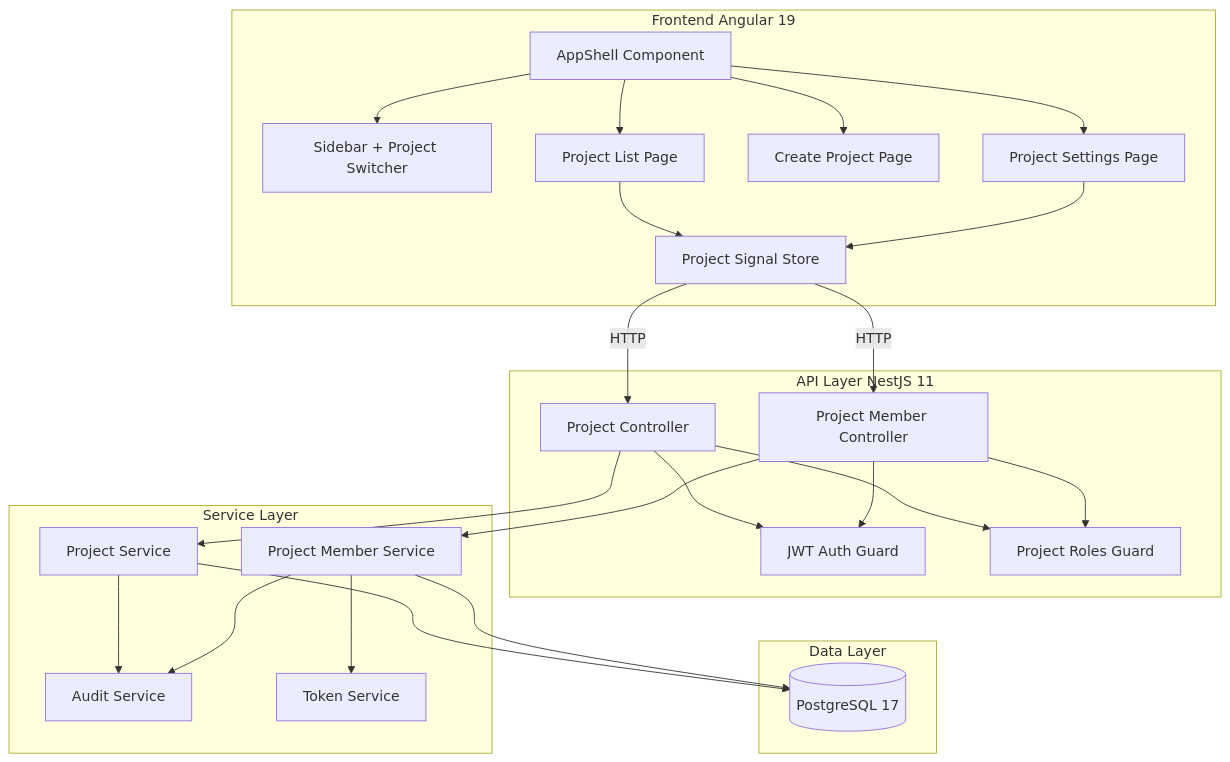
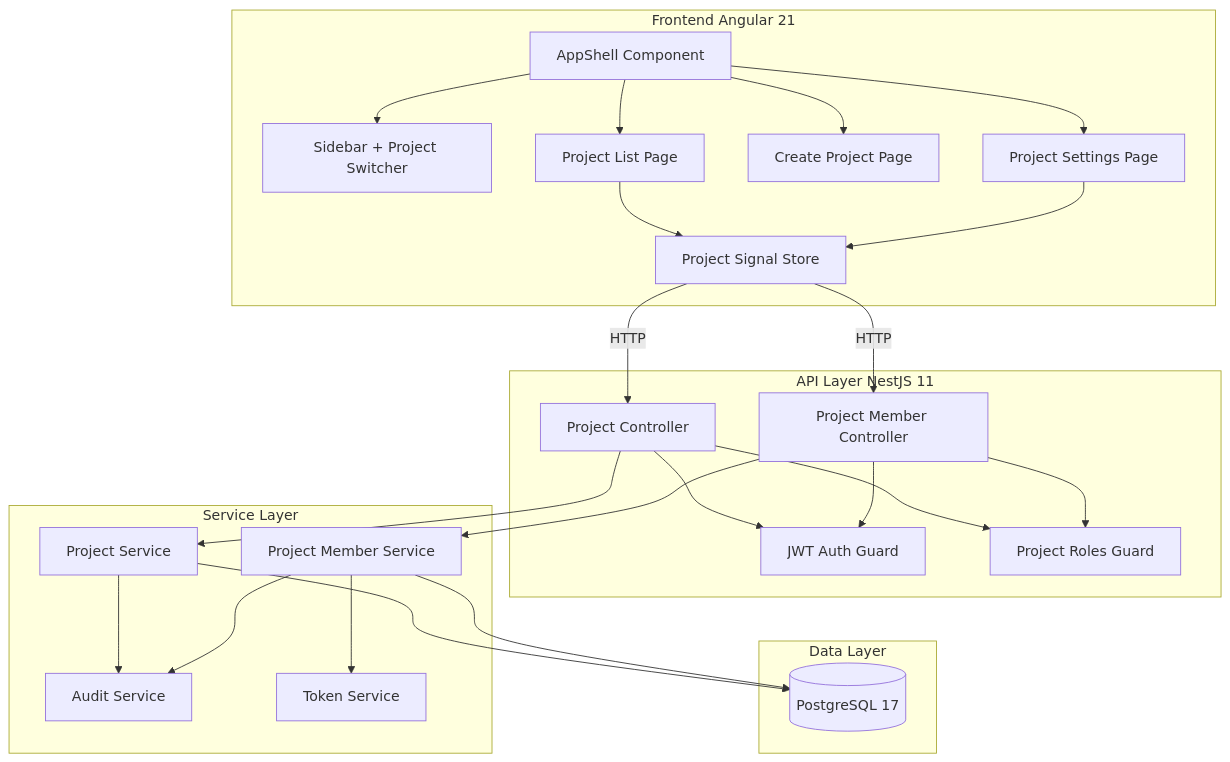
The first of 5 diagrams in .kiro/specs/project-management/design.md (phan-tuan-thanh/mpm), drawn with Mermaid before and after one commit. The commit also changed 5 other files, not shown here.

````diff
--- a/.kiro/specs/project-management/design.md
+++ b/.kiro/specs/project-management/design.md
@@ -30,49 +30,49 @@
 ```mermaid
 graph TB
-    subgraph Client[Frontend Angular 19]
+    subgraph Client[Frontend Angular 21]
         AppShell[AppShell Component]
         Sidebar[Sidebar + Project Switcher]
         ProjectList[Project List Page]
         CreateProject[Create Project Page]
         ProjectSettings[Project Settings Page]
         ProjectStore[Project Signal Store]
     end
 
     subgraph Gateway[API Layer NestJS 11]
         ProjectController[Project Controller]
         MemberController[Project Member Controller]
         JwtGuard[JWT Auth Guard]
         ProjectRolesGuard[Project Roles Guard]
     end
 
     subgraph Services[Service Layer]
         ProjectService[Project Service]
         ProjectMemberService[Project Member Service]
         AuditService[Audit Service]
         TokenService[Token Service]
     end
 
     subgraph Data[Data Layer]
         PostgreSQL[(PostgreSQL 17)]
     end
 
     AppShell --> Sidebar
     AppShell --> ProjectList
     AppShell --> CreateProject
     AppShell --> ProjectSettings
     ProjectList --> ProjectStore
     ProjectSettings --> ProjectStore
     ProjectStore -->|HTTP| ProjectController
     ProjectStore -->|HTTP| MemberController
     ProjectController --> JwtGuard
     ProjectController --> ProjectRolesGuard
     MemberController --> JwtGuard
     MemberController --> ProjectRolesGuard
     ProjectController --> ProjectService
     MemberController --> ProjectMemberService
     ProjectService --> AuditService
     ProjectMemberService --> TokenService
     ProjectMemberService --> AuditService
     ProjectService --> PostgreSQL
     ProjectMemberService --> PostgreSQL
 ```
````
